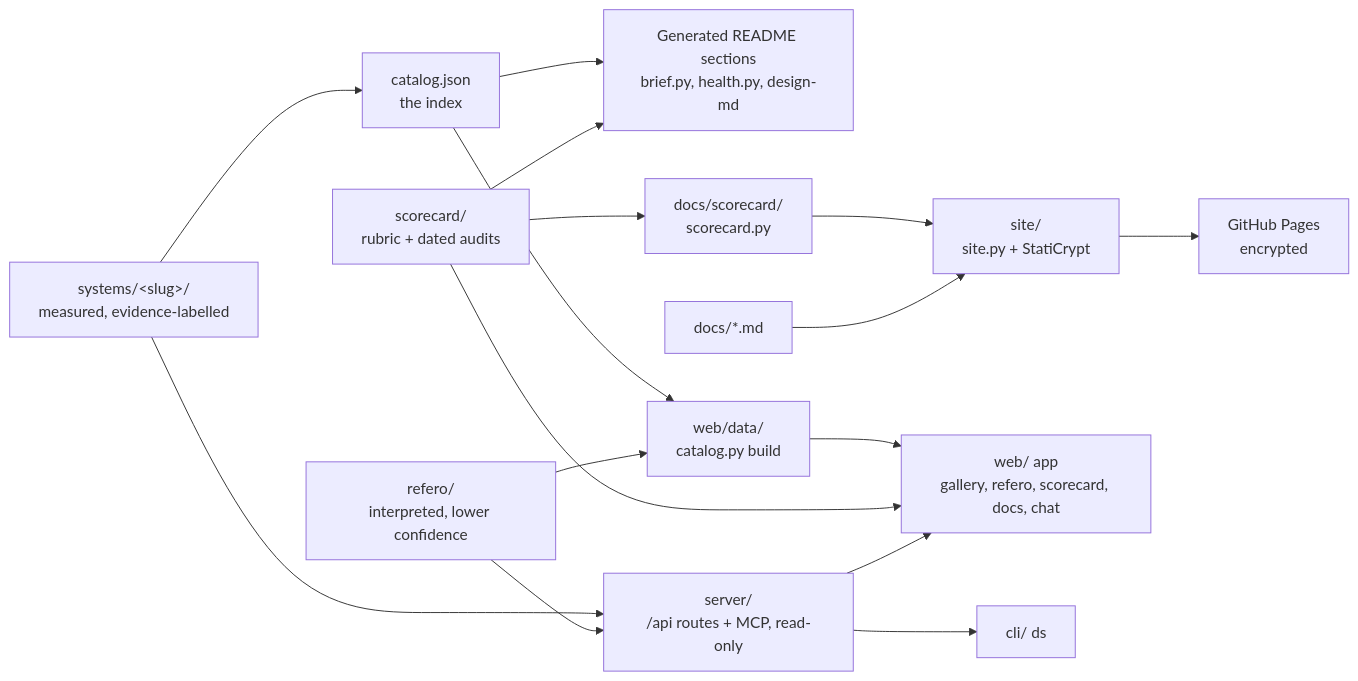
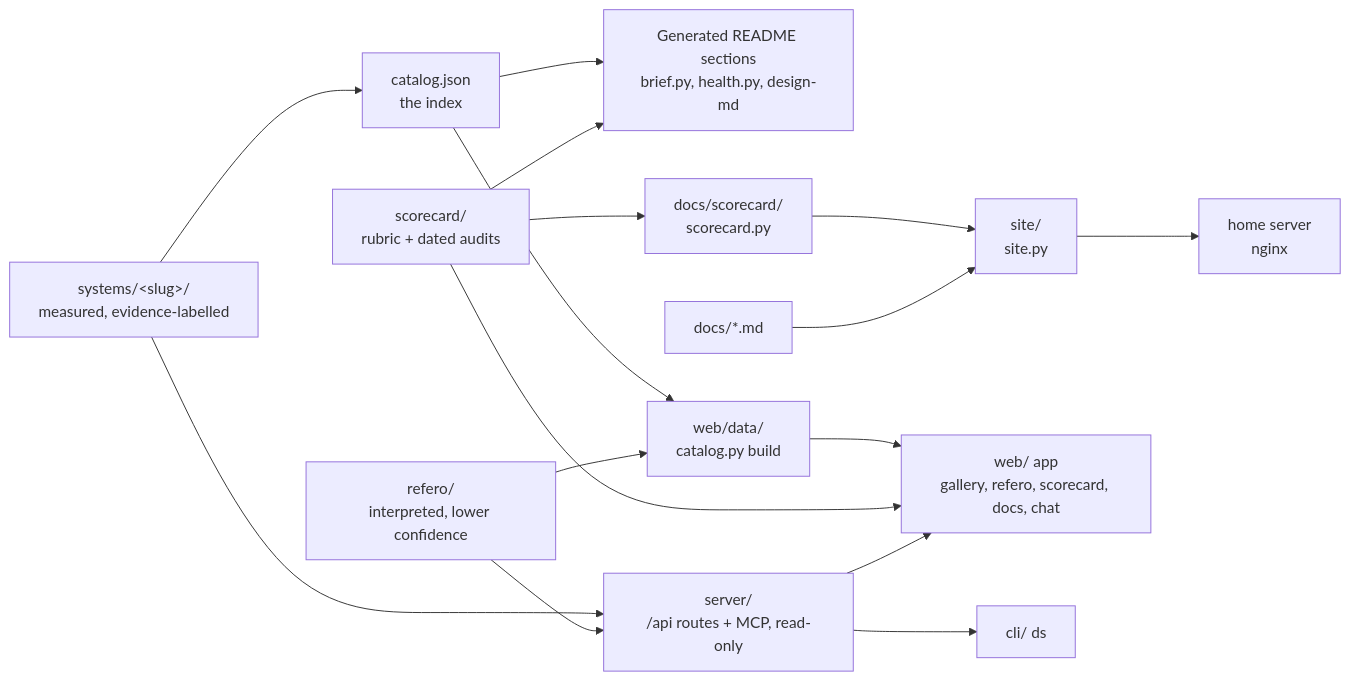
One commit to starship-terminal/constellations changed the diagram in README.md. Above: the diagram before and after it, drawn with Mermaid. The commit also changed other lines of this file and 9 other files, not shown here.

First line of the commit message:
Drop the GitHub Pages deploy and StatiCrypt

````diff
--- a/README.md
+++ b/README.md
@@ -424,28 +420,28 @@
 ```mermaid
 flowchart LR
   SYS["systems/&lt;slug&gt;/<br/>measured, evidence-labelled"]
   REF["refero/<br/>interpreted, lower confidence"]
   CAT["catalog.json<br/>the index"]
   AUD["scorecard/<br/>rubric + dated audits"]
   GEN["Generated README sections<br/>brief.py, health.py, design-md"]
   DATA["web/data/<br/>catalog.py build"]
   SCP["docs/scorecard/<br/>scorecard.py"]
-  SITE["site/<br/>site.py + StatiCrypt"]
+  SITE["site/<br/>site.py"]
   DOCS["docs/*.md"]
   API["server/<br/>/api routes + MCP, read-only"]
   APP["web/ app<br/>gallery, refero, scorecard, docs, chat"]
   DS["cli/ ds"]
-  PAGES["GitHub Pages<br/>encrypted"]
+  HOME["home server<br/>nginx"]
 
   SYS --> CAT --> DATA --> APP
   REF --> DATA
   CAT --> GEN
   AUD --> GEN
   AUD --> APP
-  AUD --> SCP --> SITE --> PAGES
+  AUD --> SCP --> SITE --> HOME
   DOCS --> SITE
   SYS --> API
   REF --> API
   API --> APP
   API --> DS
 ```
````
